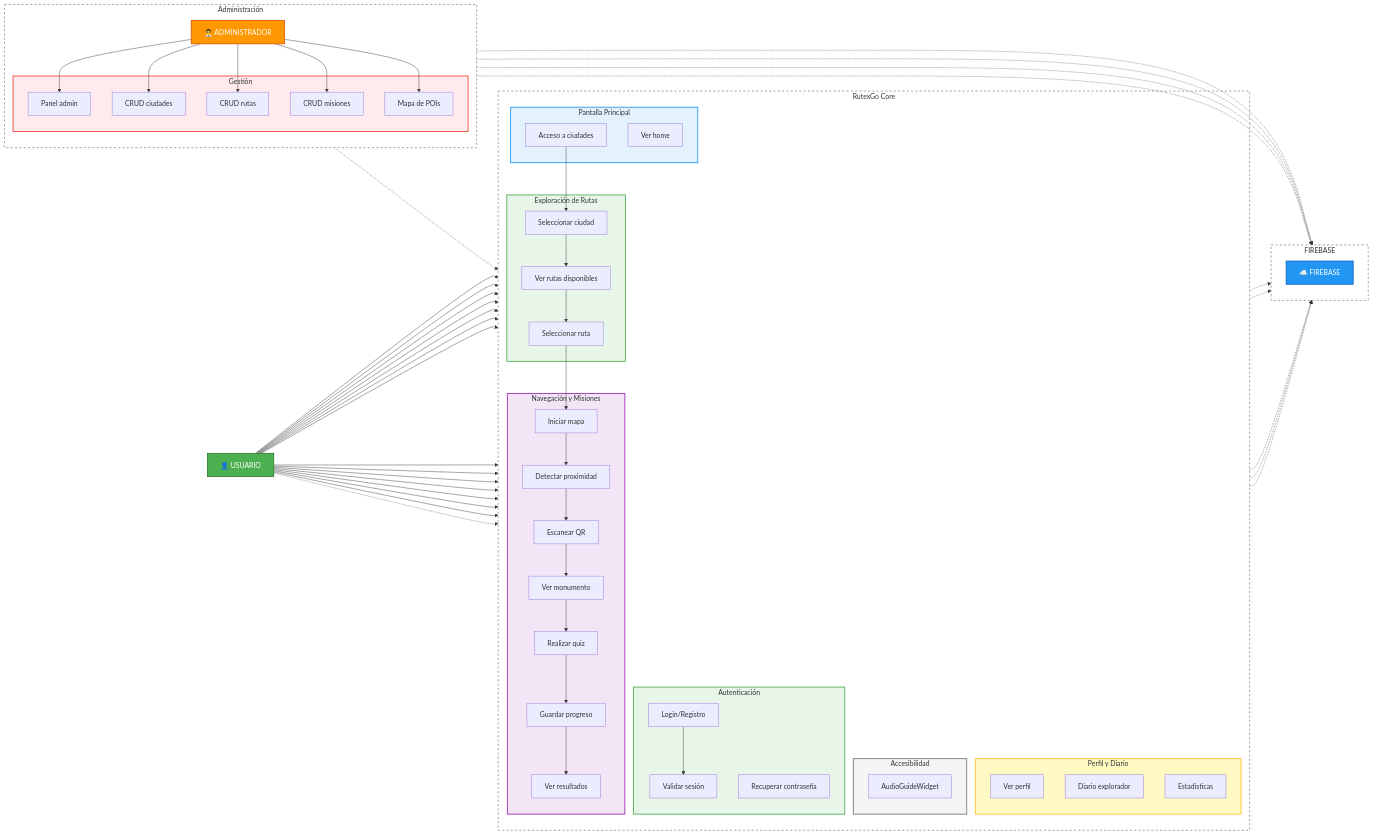
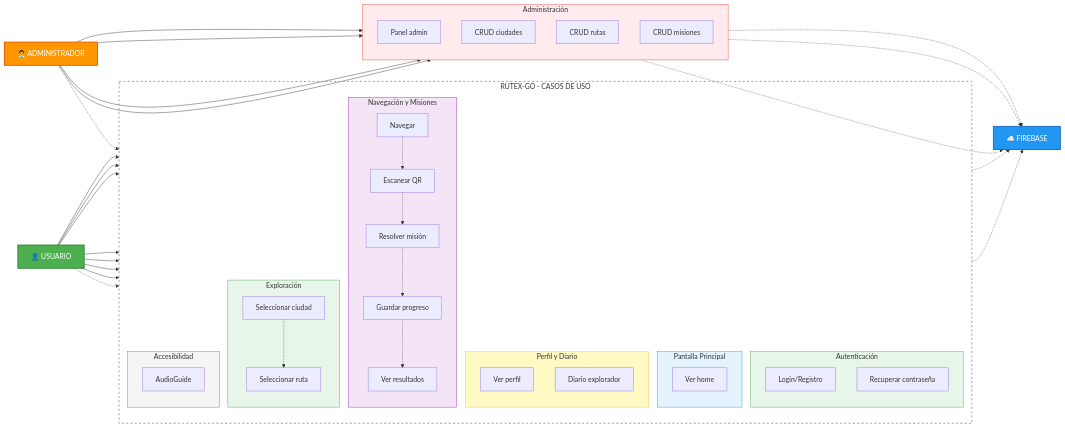
Before and after one commit to TurisTechTeam-Dev/rutexgo-assets: the fourth of 4 diagrams in diagrama secuencia.md, drawn with Mermaid.

Commit message:
Update diagrama secuencia.md

````diff
--- a/diagrama secuencia.md
+++ b/diagrama secuencia.md
@@ -206,128 +206,94 @@
 ```mermaid
 flowchart LR
     U["👤 USUARIO"]
+    A["👨‍💼 ADMINISTRADOR"]
+    F["☁️ FIREBASE"]
 
-    subgraph APP["RutexGo Core"]
+    subgraph APP["RUTEX-GO - CASOS DE USO"]
         direction TB
         
         subgraph AUTH["Autenticación"]
             AUTH1["Login/Registro"]
             AUTH2["Recuperar contraseña"]
-            AUTH3["Validar sesión"]
         end
 
         subgraph HOME["Pantalla Principal"]
             HOME1["Ver home"]
-            HOME2["Acceso a ciudades"]
         end
 
-        subgraph EXP["Exploración de Rutas"]
+        subgraph EXP["Exploración"]
             EXP1["Seleccionar ciudad"]
-            EXP2["Ver rutas disponibles"]
-            EXP3["Seleccionar ruta"]
+            EXP2["Seleccionar ruta"]
         end
 
         subgraph PROF["Perfil y Diario"]
             PROF1["Ver perfil"]
             PROF2["Diario explorador"]
-            PROF3["Estadísticas"]
+        end
+
+        subgraph NAV["Navegación y Misiones"]
+            NAV1["Navegar"]
+            NAV2["Escanear QR"]
+            NAV3["Resolver misión"]
+            NAV4["Guardar progreso"]
+            NAV5["Ver resultados"]
         end
         
         subgraph ACC["Accesibilidad"]
-            ACC1["AudioGuideWidget"]
-        end
-
-        subgraph NAV["Navegación y Misiones"]
-            NAV1["Iniciar mapa"]
-            NAV2["Detectar proximidad"]
-            NAV3["Escanear QR"]
-            NAV4["Ver monumento"]
-            NAV5["Realizar quiz"]
-            NAV6["Guardar progreso"]
-            NAV7["Ver resultados"]
+            ACC1["AudioGuide"]
         end
     end
 
-    subgraph BACKEND["FIREBASE"]
+    subgraph ADM["Administración"]
         direction TB
-        F["☁️ FIREBASE"]
+        ADM1["Panel admin"]
+        ADM2["CRUD ciudades"]
+        ADM3["CRUD rutas"]
+        ADM4["CRUD misiones"]
     end
 
-    subgraph ADM_SECTION["Administración"]
-        direction TB
-        A["👨‍💼 ADMINISTRADOR"]
-        
-        subgraph ADM["Gestión"]
-            ADM1["Panel admin"]
-            ADM2["CRUD ciudades"]
-            ADM3["CRUD rutas"]
-            ADM4["CRUD misiones"]
-            ADM5["Mapa de POIs"]
-        end
-    end
-
-    %% Usuario → App
+    %% Usuario al App
     U --> AUTH1
-    U --> AUTH2
     U --> HOME1
     U --> EXP1
     U --> EXP2
-    U --> EXP3
     U --> NAV1
-    U --> NAV2
-    U --> NAV3
-    U --> NAV4
-    U --> NAV5
     U --> PROF1
     U --> PROF2
-    U --> PROF3
     U -.-> ACC1
 
-    %% Administrador
+    %% Admin
     A --> ADM1
     A --> ADM2
     A --> ADM3
     A --> ADM4
-    A --> ADM5
     A -.-> ACC1
 
-    %% Firebase (persistencia)
+    %% Firebase
     AUTH1 -.-> F
-    AUTH2 -.-> F
-    AUTH3 -.-> F
-    NAV6 -.-> F
-    PROF3 -.-> F
+    NAV4 -.-> F
     ADM2 -.-> F
     ADM3 -.-> F
     ADM4 -.-> F
-    ADM5 -.-> F
 
-    %% Flujos internos de la app
-    AUTH1 --> AUTH3
-    HOME2 --> EXP1
-    EXP1 --> EXP2
-    EXP2 --> EXP3
-    EXP3 --> NAV1
-    NAV1 --> NAV2
-    NAV2 --> NAV3
-    NAV3 --> NAV4
-    NAV4 --> NAV5
-    NAV5 --> NAV6
-    NAV6 --> NAV7
+    %% Flujos
+    EXP1 -.-> EXP2
+    NAV1 -.-> NAV2
+    NAV2 -.-> NAV3
+    NAV3 -.-> NAV4
+    NAV4 -.-> NAV5
 
     %% Estilos
     style U fill:#4CAF50,stroke:#2E7D32,stroke-width:2px,color:#fff
+    style A fill:#FF9800,stroke:#E65100,stroke-width:2px,color:#fff
     style F fill:#2196F3,stroke:#1565C0,stroke-width:2px,color:#fff
-    style A fill:#FF9800,stroke:#E65100,stroke-width:2px,color:#fff
-    
-    style AUTH fill:#E8F5E9,stroke:#4CAF50,stroke-width:2px
-    style HOME fill:#E3F2FD,stroke:#2196F3,stroke-width:2px
-    style EXP fill:#E8F5E9,stroke:#4CAF50,stroke-width:2px
-    style PROF fill:#FFF9C4,stroke:#FBC02D,stroke-width:2px
-    style ACC fill:#F5F5F5,stroke:#757575,stroke-width:2px
-    style NAV fill:#F3E5F5,stroke:#9C27B0,stroke-width:2px
-    style ADM fill:#FFEBEE,stroke:#F44336,stroke-width:2px
+
+    style AUTH fill:#E8F5E9,stroke:#4CAF50,stroke-width:1px
+    style HOME fill:#E3F2FD,stroke:#2196F3,stroke-width:1px
+    style EXP fill:#E8F5E9,stroke:#4CAF50,stroke-width:1px
+    style PROF fill:#FFF9C4,stroke:#FBC02D,stroke-width:1px
+    style NAV fill:#F3E5F5,stroke:#9C27B0,stroke-width:1px
+    style ACC fill:#F5F5F5,stroke:#757575,stroke-width:1px
+    style ADM fill:#FFEBEE,stroke:#F44336,stroke-width:1px
     style APP fill:none,stroke:#999,stroke-width:2px,stroke-dasharray:5 5
-    style BACKEND fill:none,stroke:#999,stroke-width:2px,stroke-dasharray:5 5
-    style ADM_SECTION fill:none,stroke:#999,stroke-width:2px,stroke-dasharray:5 5
 ```
````
